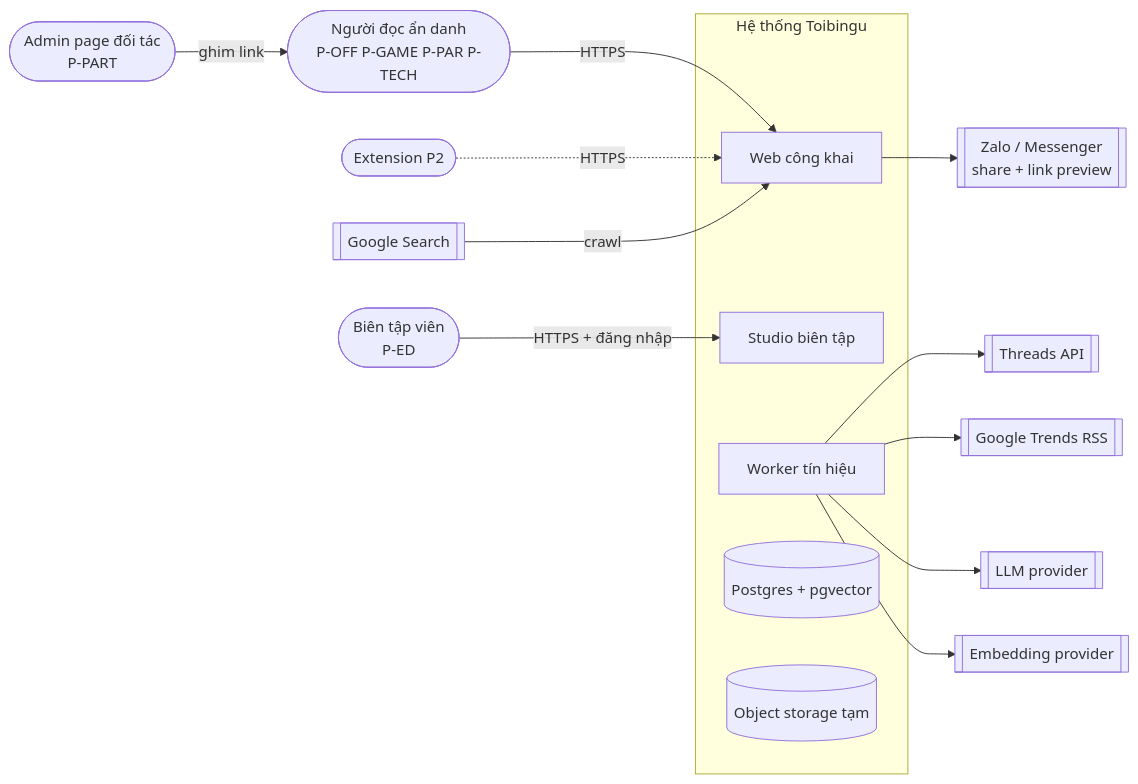
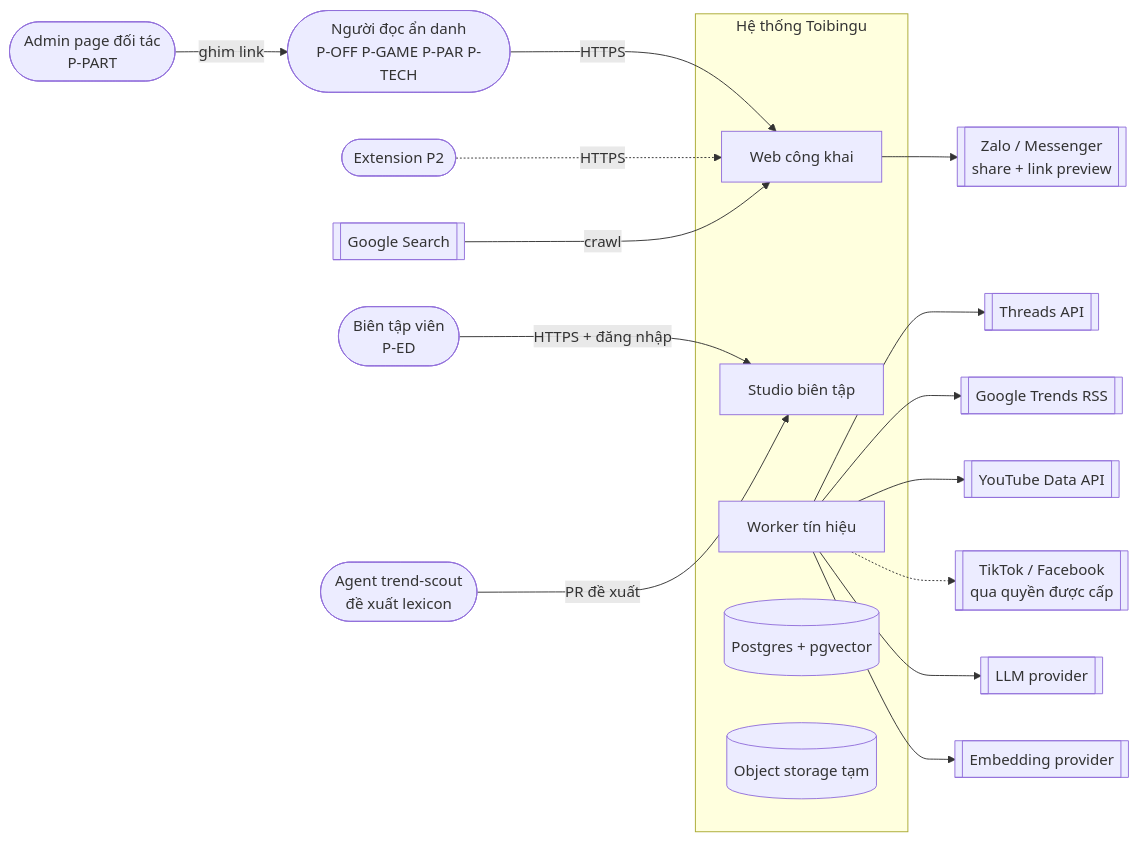
Before and after one commit to luongkam/toibingu: the diagram in docs/01-sd/system-context/SD-TBX001-system-context.md, drawn with Mermaid. The commit also changed other lines of this file and 29 other files, not shown here.

First line of the commit message:
feat(lexicon): living slang/trend lexicon engine and trend-scout skill (REQ-017)

````diff
--- a/docs/01-sd/system-context/SD-TBX001-system-context.md
+++ b/docs/01-sd/system-context/SD-TBX001-system-context.md
@@ -18,20 +18,23 @@
 ```mermaid
 flowchart LR
   reader([Người đọc ẩn danh\nP-OFF P-GAME P-PAR P-TECH]) -->|HTTPS| web
   partner([Admin page đối tác\nP-PART]) -->|ghim link| reader
   editor([Biên tập viên\nP-ED]) -->|HTTPS + đăng nhập| studio
   ext([Extension P2]) -.->|HTTPS| web
+  scout([Agent trend-scout\nđề xuất lexicon]) -->|PR đề xuất| studio
   subgraph TB[Hệ thống Toibingu]
     web[Web công khai]
     studio[Studio biên tập]
     worker[Worker tín hiệu]
     db[(Postgres + pgvector)]
     obj[(Object storage tạm)]
   end
   worker --> threads[[Threads API]]
   worker --> trends[[Google Trends RSS]]
+  worker --> yt[[YouTube Data API]]
+  worker -.-> tiktok[[TikTok / Facebook\nqua quyền được cấp]]
   worker --> llm[[LLM provider]]
   worker --> emb[[Embedding provider]]
   web --> zalo[[Zalo / Messenger\nshare + link preview]]
   google[[Google Search]] -->|crawl| web
 ```
````
